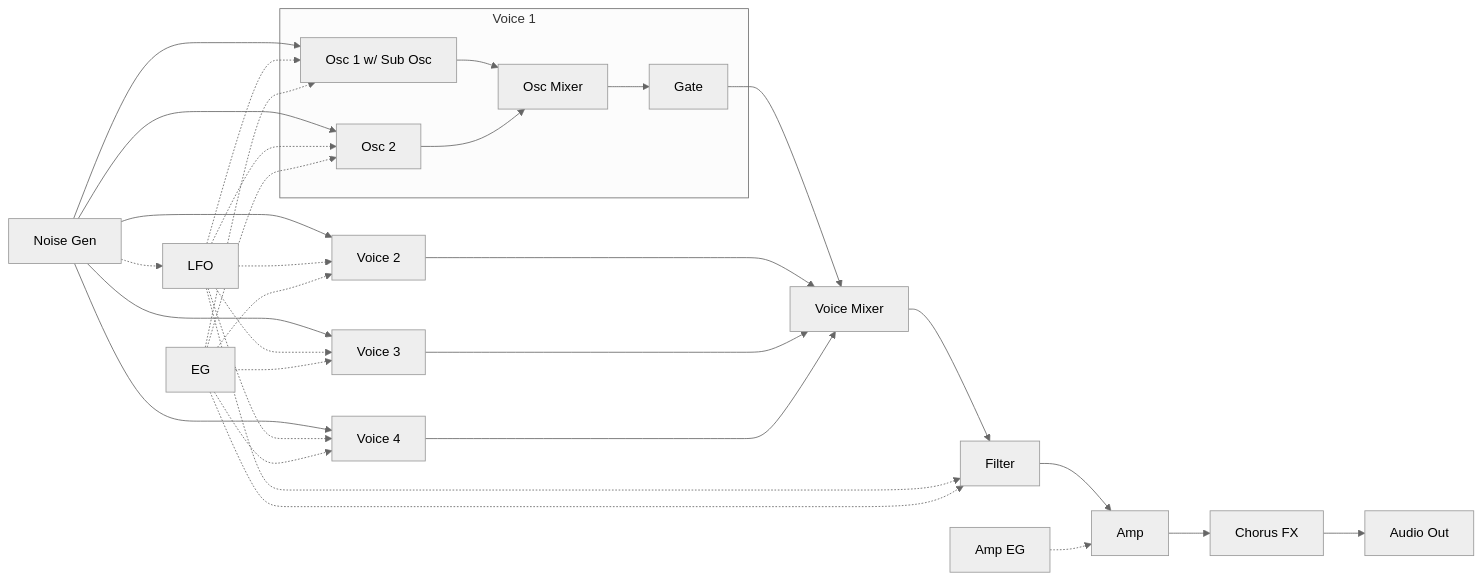
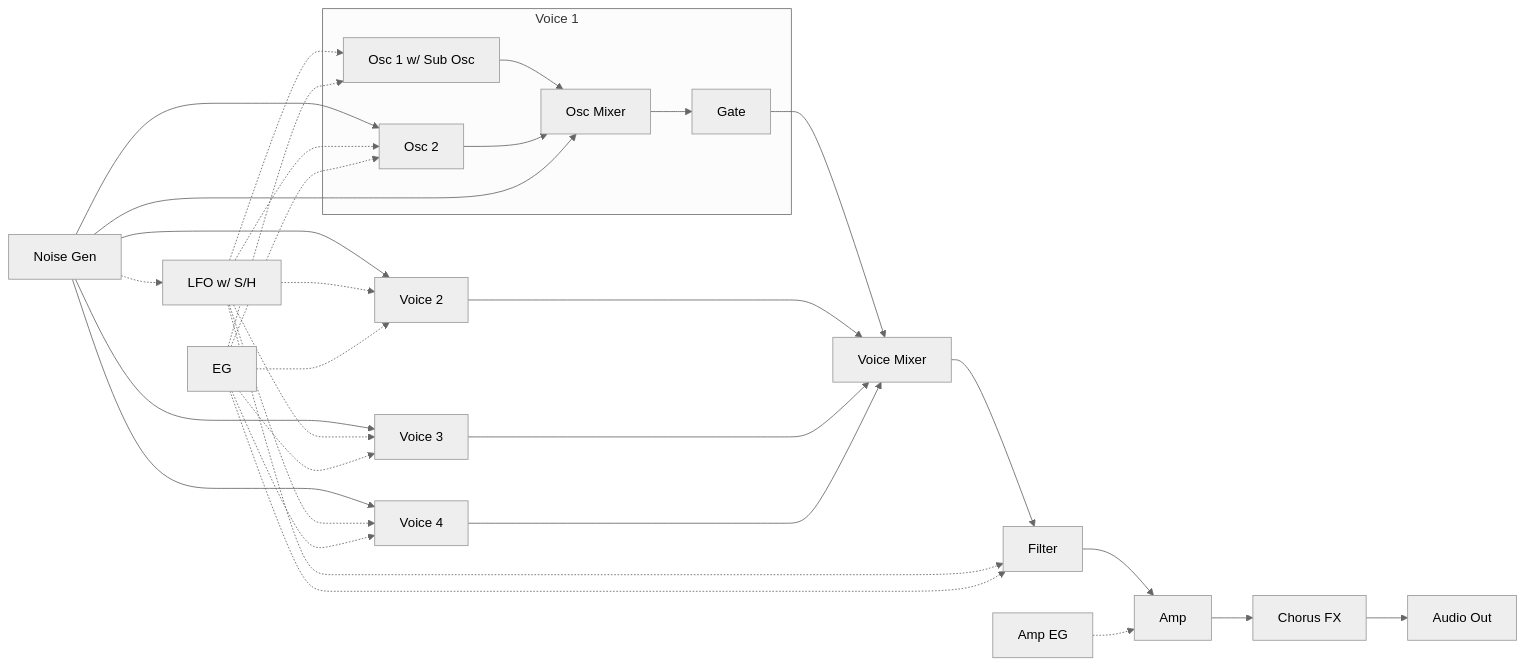
The second of 2 diagrams in README.md (risgk/digital-synth-pra32-u), drawn with Mermaid (neutral theme) before and after one commit. The commit also changed other lines of this file and 5 other files, not shown here.

Commit message:
Change  Mixer Sub Osc to Mixer Noise/Sub Osc [N|S] (1)

````diff
--- a/README.md
+++ b/README.md
@@ -110,16 +112,16 @@
 ```mermaid
 graph LR
     subgraph V1[Voice 1]
         V1O1[Osc 1 w/ Sub Osc] --> V1OM[Osc Mixer]
+        V1O2[Osc 2] --> V1OM
         V1OM --> V1G[Gate]
-        V1O2[Osc 2] --> V1OM
     end
     V1G --> VM[Voice Mixer]
     V2[Voice 2] & V3[Voice 3] & V4[Voice 4] --> VM
     VM --> F[Filter] --> A[Amp] --> C[Chorus FX] --> AO[Audio Out]
-    N[Noise Gen]  --> V1O1 & V1O2 & V2 & V3 & V4
-    N -.-> L[LFO]
+    N[Noise Gen]  --> V1O2 & V1OM & V2 & V3 & V4
+    N -.-> L[LFO w/ S/H]
     L -.-> V1O1 & V1O2 & V2 & V3 & V4 & F
     E[EG] -.-> V1O1 & V1O2 & V2 & V3 & V4 & F
     AE[Amp EG] -.-> A
 ```
````
